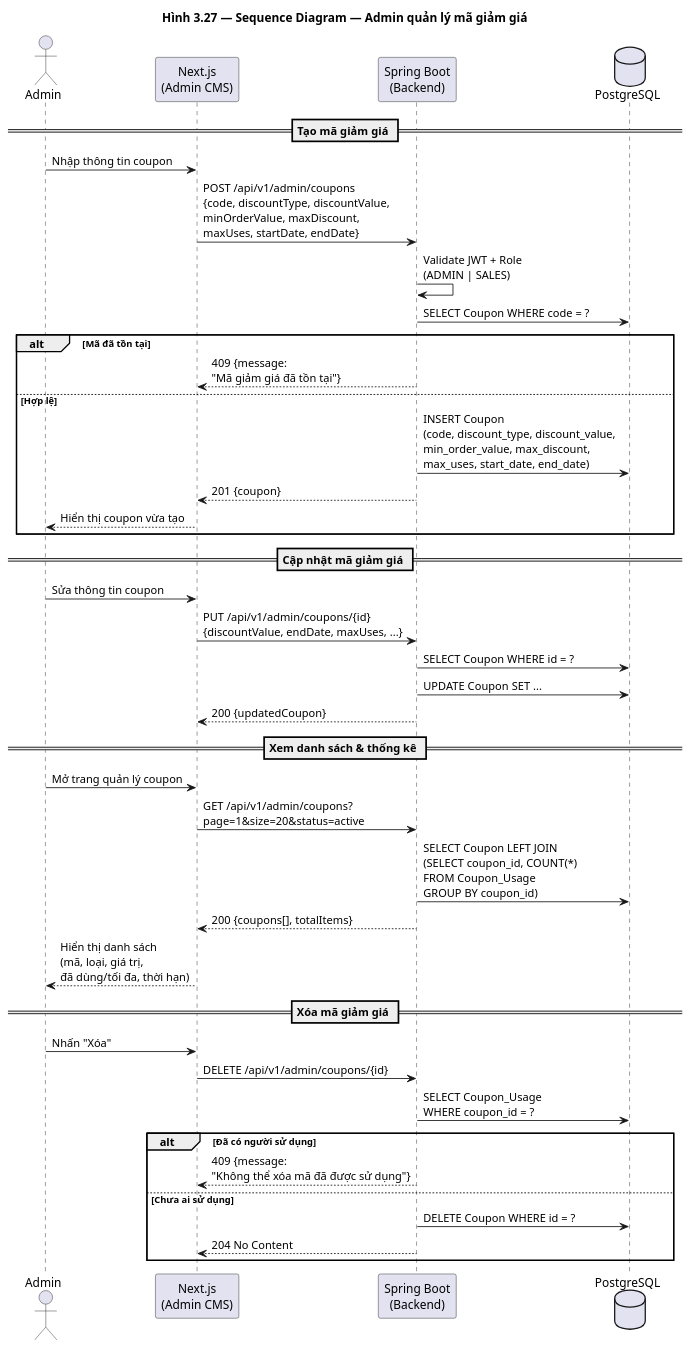
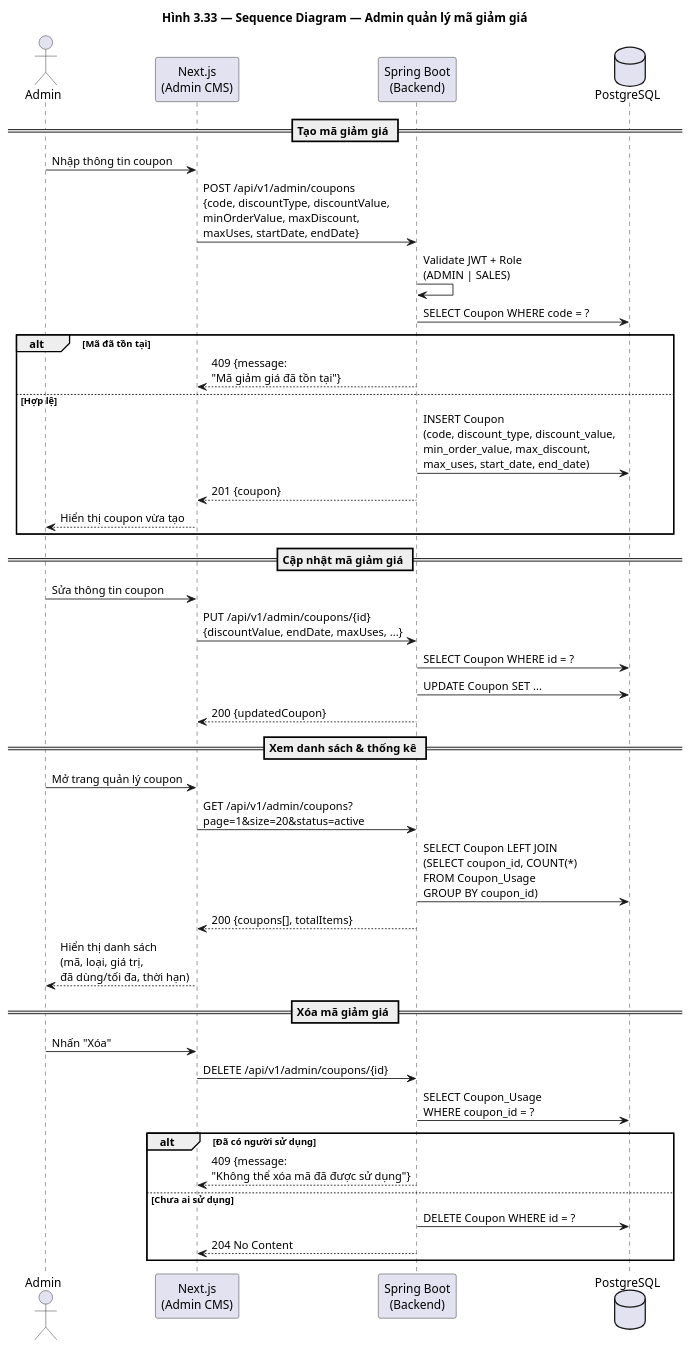
One commit to huuhieu56/PC-Parts-ECommerce changed the diagram in docs/diagrams/seq_admin_coupon.puml. Above: the diagram before and after it, drawn with PlantUML. The commit also changed 50 other files, not shown here.

```diff
--- a/docs/diagrams/seq_admin_coupon.puml
+++ b/docs/diagrams/seq_admin_coupon.puml
@@ -1,47 +1,47 @@
 @startuml seq_admin_coupon
-title Hình 3.27 — Sequence Diagram — Admin quản lý mã giảm giá
+title Hình 3.33 — Sequence Diagram — Admin quản lý mã giảm giá
 
 actor Admin
 participant "Next.js\n(Admin CMS)" as FE
 participant "Spring Boot\n(Backend)" as BE
 database "PostgreSQL" as DB
 
 == Tạo mã giảm giá ==
 Admin -> FE : Nhập thông tin coupon
 FE -> BE : POST /api/v1/admin/coupons\n{code, discountType, discountValue,\nminOrderValue, maxDiscount,\nmaxUses, startDate, endDate}
 BE -> BE : Validate JWT + Role\n(ADMIN | SALES)
 BE -> DB : SELECT Coupon WHERE code = ?
 alt Mã đã tồn tại
     BE --> FE : 409 {message:\n"Mã giảm giá đã tồn tại"}
 else Hợp lệ
     BE -> DB : INSERT Coupon\n(code, discount_type, discount_value,\nmin_order_value, max_discount,\nmax_uses, start_date, end_date)
     BE --> FE : 201 {coupon}
     FE --> Admin : Hiển thị coupon vừa tạo
 end
 
 == Cập nhật mã giảm giá ==
 Admin -> FE : Sửa thông tin coupon
 FE -> BE : PUT /api/v1/admin/coupons/{id}\n{discountValue, endDate, maxUses, ...}
 BE -> DB : SELECT Coupon WHERE id = ?
 BE -> DB : UPDATE Coupon SET ...
 BE --> FE : 200 {updatedCoupon}
 
 == Xem danh sách & thống kê ==
 Admin -> FE : Mở trang quản lý coupon
 FE -> BE : GET /api/v1/admin/coupons?\npage=1&size=20&status=active
 BE -> DB : SELECT Coupon LEFT JOIN\n(SELECT coupon_id, COUNT(*)\nFROM Coupon_Usage\nGROUP BY coupon_id)
 BE --> FE : 200 {coupons[], totalItems}
 FE --> Admin : Hiển thị danh sách\n(mã, loại, giá trị,\nđã dùng/tối đa, thời hạn)
 
 == Xóa mã giảm giá ==
 Admin -> FE : Nhấn "Xóa"
 FE -> BE : DELETE /api/v1/admin/coupons/{id}
 BE -> DB : SELECT Coupon_Usage\nWHERE coupon_id = ?
 alt Đã có người sử dụng
     BE --> FE : 409 {message:\n"Không thể xóa mã đã được sử dụng"}
 else Chưa ai sử dụng
     BE -> DB : DELETE Coupon WHERE id = ?
     BE --> FE : 204 No Content
 end
 
 @enduml
```
